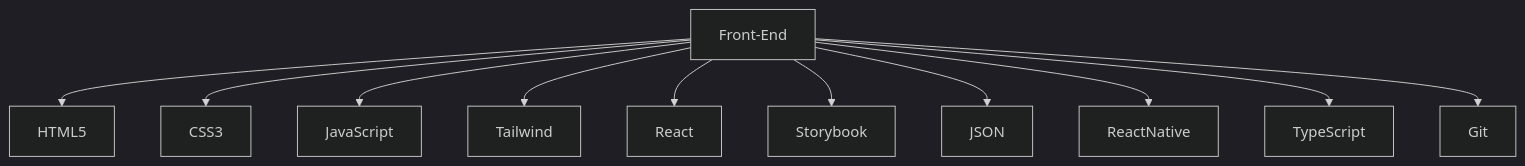
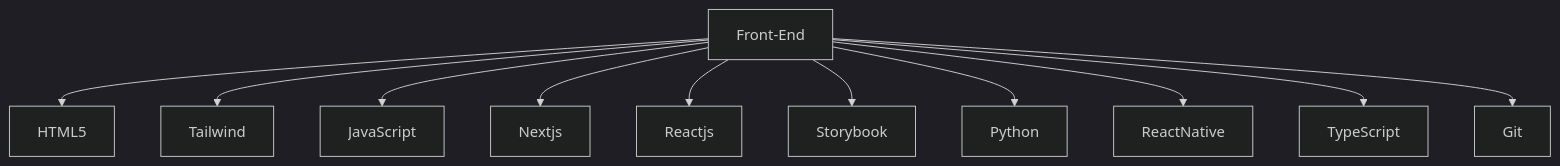
One commit to lucaliebenberg/lucaliebenberg changed the diagram in README.md. Above: the diagram before and after it, drawn with Mermaid (dark theme).

````diff
--- a/README.md
+++ b/README.md
@@ -57,13 +57,13 @@
 ```mermaid
 graph TD;
     Front-End-->HTML5;
-    Front-End-->CSS3;
+    Front-End-->Tailwind;
     Front-End-->JavaScript;
-    Front-End-->Tailwind;
-    Front-End-->React;
+    Front-End-->Nextjs;
+    Front-End-->Reactjs;
     Front-End-->Storybook;
-    Front-End-->JSON;
+    Front-End-->Python;
     Front-End-->ReactNative;
     Front-End-->TypeScript;
     Front-End-->Git;
    ```
````
